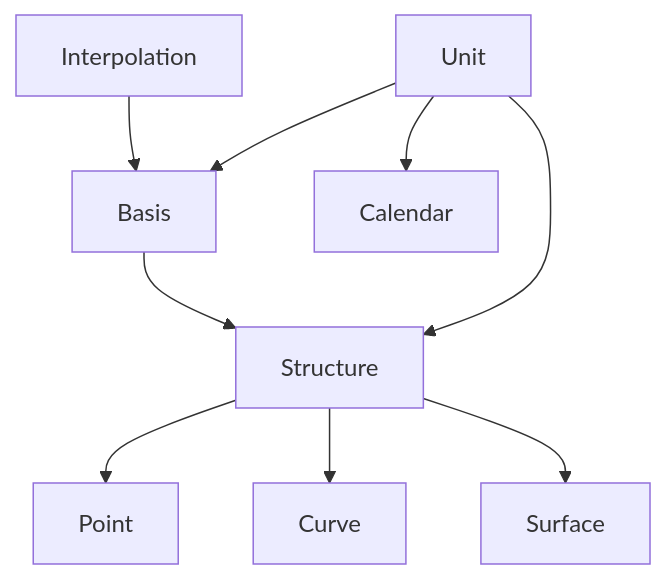
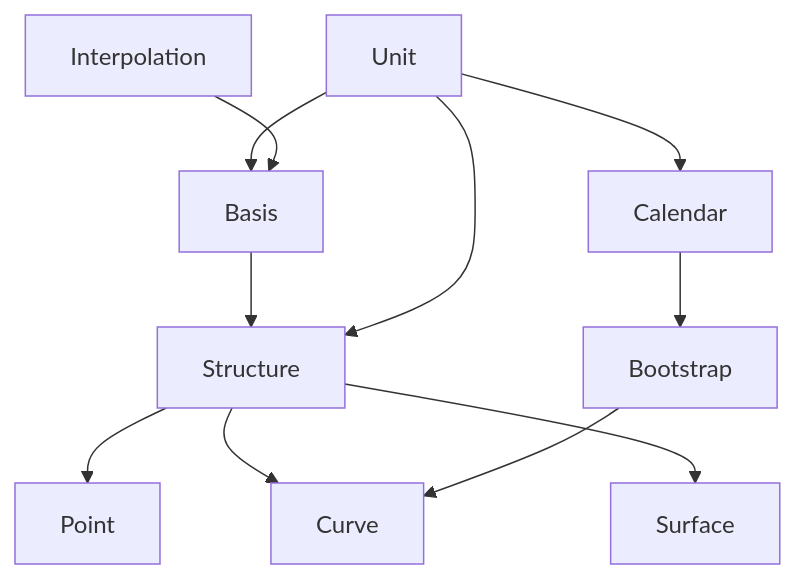
Before and after one commit to tristanvandevelde/finstruct: the diagram in README.md, drawn with Mermaid.

````diff
--- a/README.md
+++ b/README.md
@@ -32,11 +32,13 @@
 ```mermaid
 graph TD;
     Unit-->Basis;
     Interpolation-->Basis;
     Unit-->Calendar;
     Basis-->Structure;
     Unit-->Structure;
     Structure-->Point;
     Structure-->Curve;
     Structure-->Surface;
+    Calendar-->Bootstrap;
+    Bootstrap-->Curve;
 ```
````
